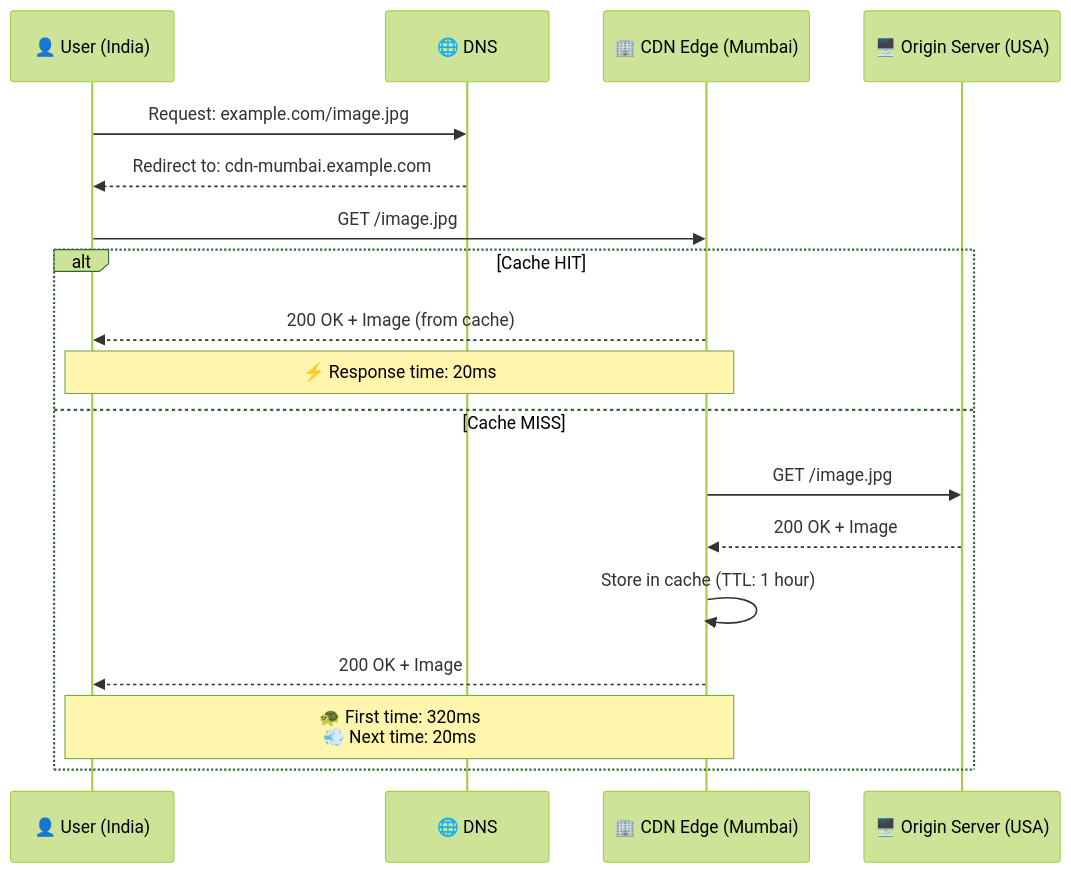
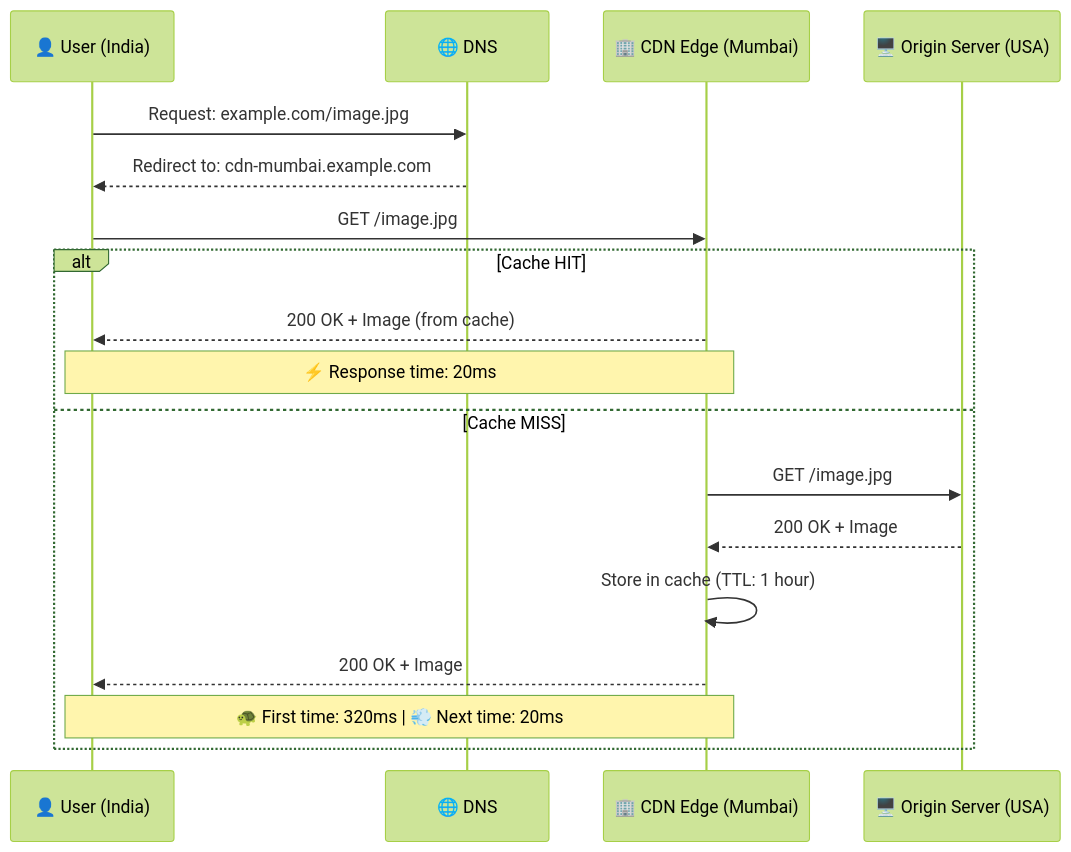
The first of 18 diagrams in HLD/foundation/06_cdn.md (p1kmr/for-reading), drawn with Mermaid (forest theme) before and after one commit. The commit also changed other lines of this file and 14 other files, not shown here.

Commit message:
Fix Mermaid diagram syntax: Replace <br/> with <br> for GitHub compatibility

````diff
--- a/HLD/foundation/06_cdn.md
+++ b/HLD/foundation/06_cdn.md
@@ -50,23 +50,23 @@
 ```mermaid
 sequenceDiagram
     participant User as 👤 User (India)
     participant DNS as 🌐 DNS
     participant Edge as 🏢 CDN Edge (Mumbai)
     participant Origin as 🖥️ Origin Server (USA)
 
     User->>DNS: Request: example.com/image.jpg
     DNS-->>User: Redirect to: cdn-mumbai.example.com
 
     User->>Edge: GET /image.jpg
 
     alt Cache HIT
         Edge-->>User: 200 OK + Image (from cache)
         Note over Edge,User: ⚡ Response time: 20ms
     else Cache MISS
         Edge->>Origin: GET /image.jpg
         Origin-->>Edge: 200 OK + Image
         Edge->>Edge: Store in cache (TTL: 1 hour)
         Edge-->>User: 200 OK + Image
-        Note over Edge,User: 🐢 First time: 320ms<br/>💨 Next time: 20ms
+        Note over Edge,User: 🐢 First time: 320ms | 💨 Next time: 20ms
     end
 ```
````
